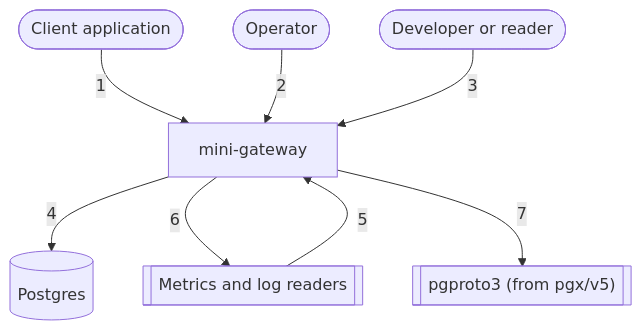
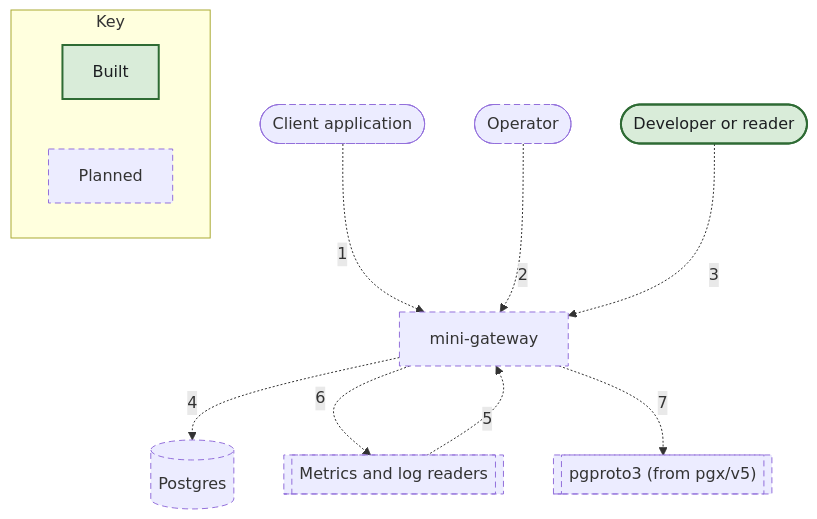
The diagram in docs/c4/diagrams/01-system-context.mmd (nickstrad/mini-gateway), drawn with Mermaid before and after one commit. The commit also changed 28 other files, not shown here.

```diff
--- a/docs/c4/diagrams/01-system-context.mmd
+++ b/docs/c4/diagrams/01-system-context.mmd
@@ -1,15 +1,21 @@
 flowchart TB
-  APP(["Client application"])
-  OPERATOR(["Operator"])
-  DEVELOPER(["Developer or reader"])
-  GW["mini-gateway"]
-  PG[("Postgres")]
-  TELEMETRY[["Metrics and log readers"]]
-  PGPROTO3[["pgproto3 (from pgx/v5)"]]
-  APP -->|1| GW
-  OPERATOR -->|2| GW
-  DEVELOPER -->|3| GW
-  GW -->|4| PG
-  TELEMETRY -->|5| GW
-  GW -->|6| TELEMETRY
-  GW -->|7| PGPROTO3
+  APP(["Client application"]):::planned
+  OPERATOR(["Operator"]):::planned
+  DEVELOPER(["Developer or reader"]):::built
+  GW["mini-gateway"]:::planned
+  PG[("Postgres")]:::planned
+  TELEMETRY[["Metrics and log readers"]]:::planned
+  PGPROTO3[["pgproto3 (from pgx/v5)"]]:::planned
+  APP -.->|1| GW
+  OPERATOR -.->|2| GW
+  DEVELOPER -.->|3| GW
+  GW -.->|4| PG
+  TELEMETRY -.->|5| GW
+  GW -.->|6| TELEMETRY
+  GW -.->|7| PGPROTO3
+  subgraph KEY["Key"]
+    KEY_BUILT["Built"]:::built
+    KEY_PLANNED["Planned"]:::planned
+  end
+  classDef built fill:#d9ecd9,stroke:#2e6b34,stroke-width:2px,color:#1c1e21
+  classDef planned stroke-width:1px,stroke-dasharray:6 4
```
